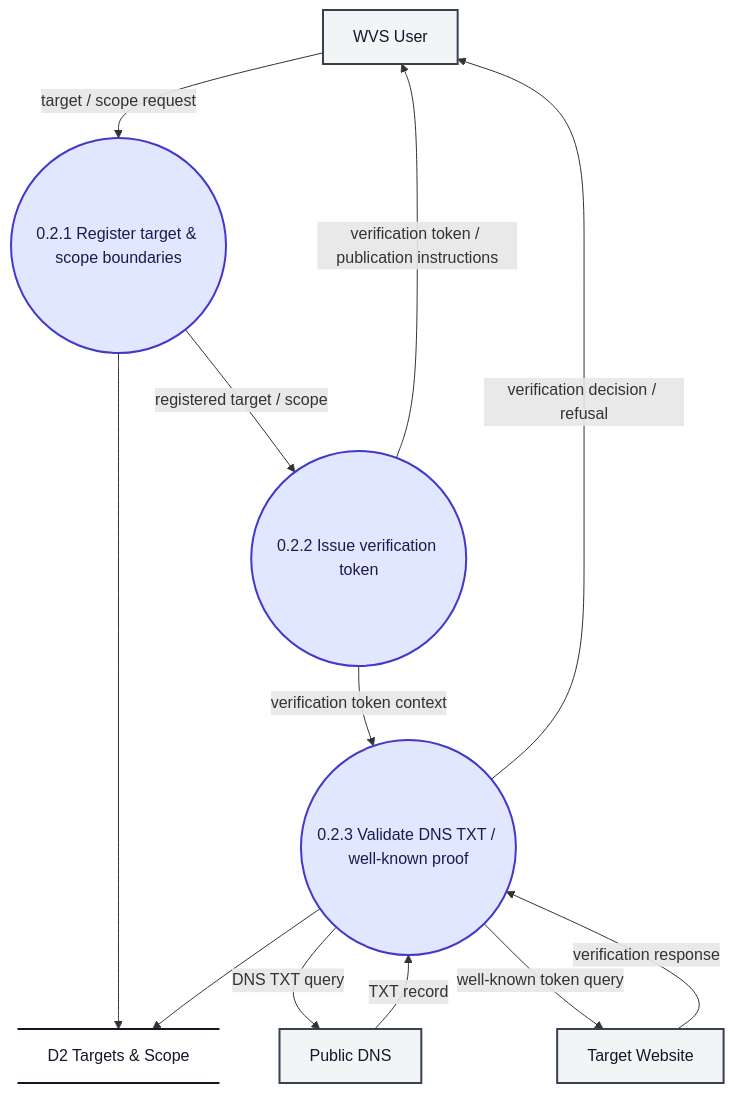
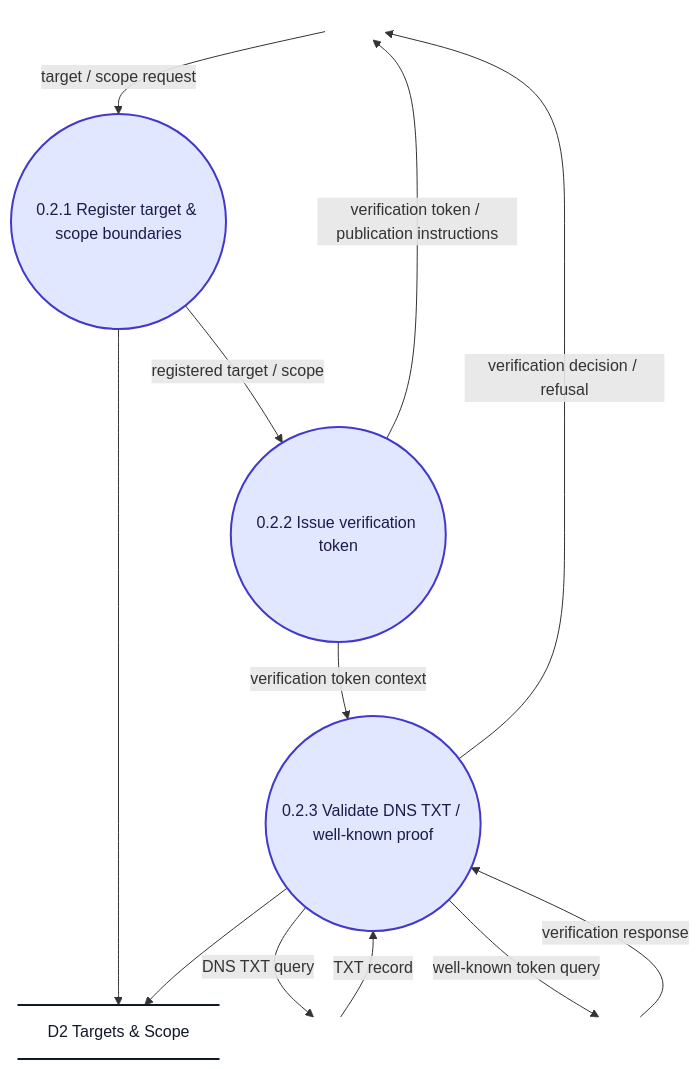
One commit to ksacheth/software-engineering changed the fourth of 11 diagrams in docs/dfd/Website_Vulnerability_Scanner_DFD.md. Above: the diagram before and after it, drawn with Mermaid. The commit also changed other lines of this file and 19 other files, not shown here.

First line of the commit message:
docs(dfd): align level-2 DFDs and report format with textbook and peer reference

````diff
--- a/docs/dfd/Website_Vulnerability_Scanner_DFD.md
+++ b/docs/dfd/Website_Vulnerability_Scanner_DFD.md
@@ -184,32 +183,30 @@
 ```mermaid
 flowchart TD
-    %% Level 2 DFD - F.2 Target Management & Authorisation
 
-    User["WVS User"]
+    B_User[" "]
     P21(("0.2.1 Register target & scope boundaries"))
     P22(("0.2.2 Issue verification token"))
     P23(("0.2.3 Validate DNS TXT / well-known proof"))
     D2@{ shape: datastore, label: "D2 Targets & Scope" }
-    DNS["Public DNS"]
-    Target["Target Website"]
+    B_DNS[" "]
+    B_Target[" "]
 
-    User -->|"target / scope request"| P21
-    P23 -->|"verification decision / refusal"| User
+    B_User -->|"target / scope request"| P21
+    P23 -->|"verification decision / refusal"| B_User
     P21 -->|"registered target / scope"| P22
-    P22 -->|"verification token / publication instructions"| User
+    P22 -->|"verification token / publication instructions"| B_User
     P22 -->|"verification token context"| P23
     P21 --> D2
     P23 --> D2
-    P23 -->|"DNS TXT query"| DNS
-    DNS -->|"TXT record"| P23
-    P23 -->|"well-known token query"| Target
-    Target -->|"verification response"| P23
+    P23 -->|"DNS TXT query"| B_DNS
+    B_DNS -->|"TXT record"| P23
+    P23 -->|"well-known token query"| B_Target
+    B_Target -->|"verification response"| P23
 
-    %% Styling
     classDef process fill:#e0e7ff,stroke:#4338ca,stroke-width:2px,color:#1e1b4b;
-    classDef entity fill:#f3f4f6,stroke:#374151,stroke-width:2px,color:#111827;
     classDef store fill:transparent,stroke:#111827,stroke-width:2px,color:#111827;
+    classDef boundary fill:transparent,stroke:transparent,color:transparent;
     class P21,P22,P23 process;
-    class User,DNS,Target entity;
     class D2 store;
+    class B_User,B_DNS,B_Target boundary;
 ```
````
